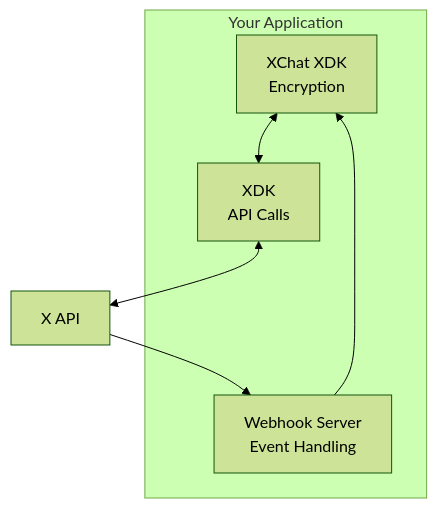
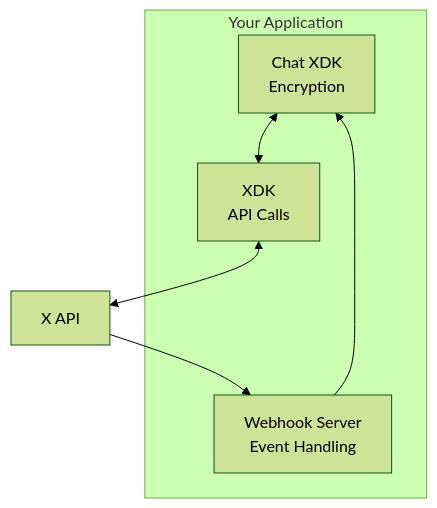
Before and after one commit to xdevplatform/docs: the diagram in xchat/getting-started.mdx, drawn with Mermaid (forest theme). The commit also changed other lines of this file and 10 other files, not shown here.

First line of the commit message:
Rename XChat to Chat throughout documentation

````diff
--- a/xchat/getting-started.mdx
+++ b/xchat/getting-started.mdx
@@ -33,13 +33,13 @@
 ```mermaid
 flowchart TB
     subgraph "Your Application"
-        A[XChat XDK<br/>Encryption]
+        A[Chat XDK<br/>Encryption]
         B[XDK<br/>API Calls]
         C[Webhook Server<br/>Event Handling]
     end
     
     A <--> B
     B <--> D[X API]
     D --> C
     C --> A
 ```
````
